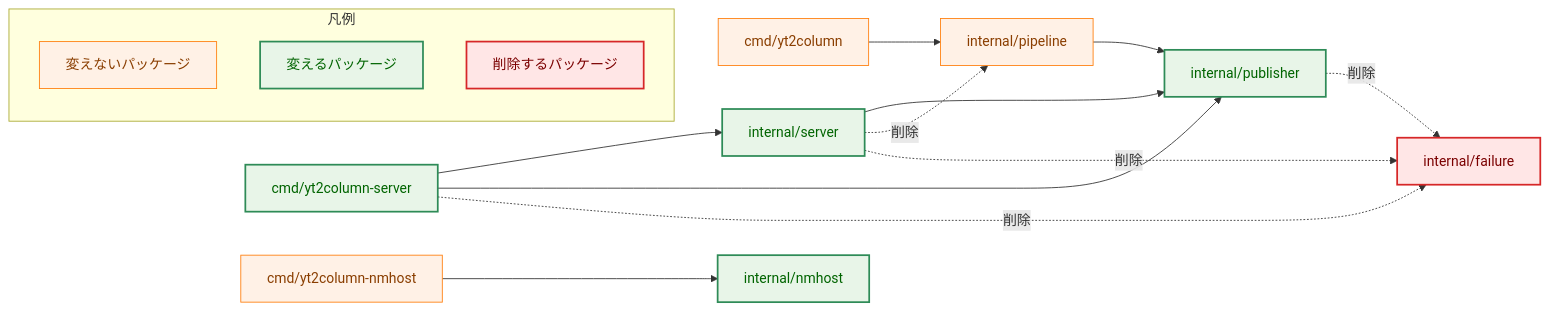
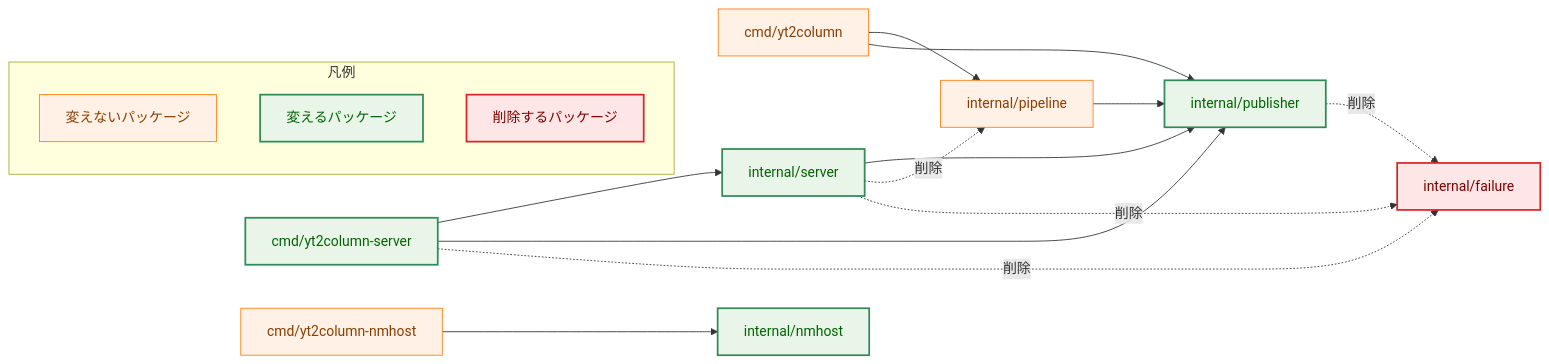
Before and after one commit to isseis/yt2column: the second of 6 diagrams in docs/tasks/0059_remove_legacy_articles_api/02_architecture.md, drawn with Mermaid. The commit also changed other lines of this file, not shown here.

First line of the commit message:
docs(0059): address the architecture review findings

````diff
--- a/docs/tasks/0059_remove_legacy_articles_api/02_architecture.md
+++ b/docs/tasks/0059_remove_legacy_articles_api/02_architecture.md
@@ -94,39 +95,40 @@
 ```mermaid
 flowchart LR
     classDef process fill:#fff1e6,stroke:#ff7f0e,stroke-width:1px,color:#8a3e00;
     classDef enhanced fill:#e8f5e8,stroke:#2e8b57,stroke-width:2px,color:#006400;
     classDef problem fill:#ffe6e6,stroke:#d62728,stroke-width:2px,color:#7b0000;
 
     SRVCMD["cmd/yt2column-server"]
     CLI["cmd/yt2column"]
     SRV["internal/server"]
     PUB["internal/publisher"]
     PIPE["internal/pipeline"]
     FAIL["internal/failure"]
     NMCMD["cmd/yt2column-nmhost"]
     NM["internal/nmhost"]
 
     SRVCMD --> SRV
     SRVCMD --> PUB
     SRV --> PUB
     CLI --> PIPE
+    CLI --> PUB
     PIPE --> PUB
     NMCMD --> NM
     SRV -.->|"削除"| PIPE
     SRV -.->|"削除"| FAIL
     SRVCMD -.->|"削除"| FAIL
     PUB -.->|"削除"| FAIL
 
     class SRVCMD,SRV,PUB,NM enhanced
     class CLI,PIPE,NMCMD process
     class FAIL problem
 
     subgraph Legend["凡例"]
         L1["変えないパッケージ"]
         L2["変えるパッケージ"]
         L3["削除するパッケージ"]
     end
     class L1 process
     class L2 enhanced
     class L3 problem
 ```
````
